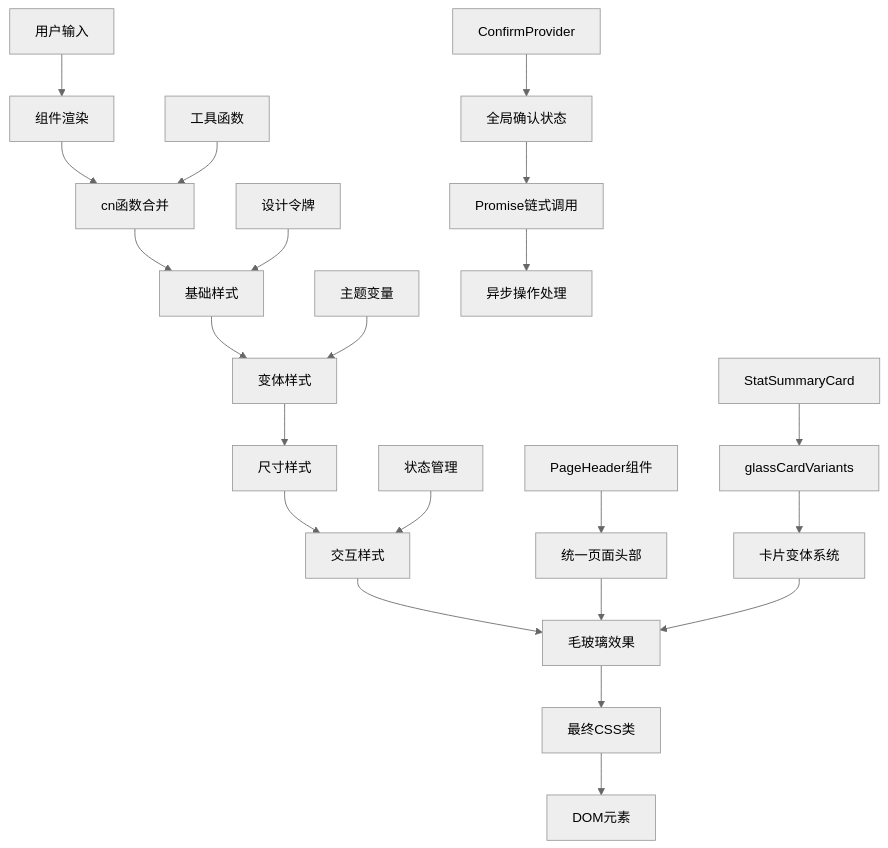
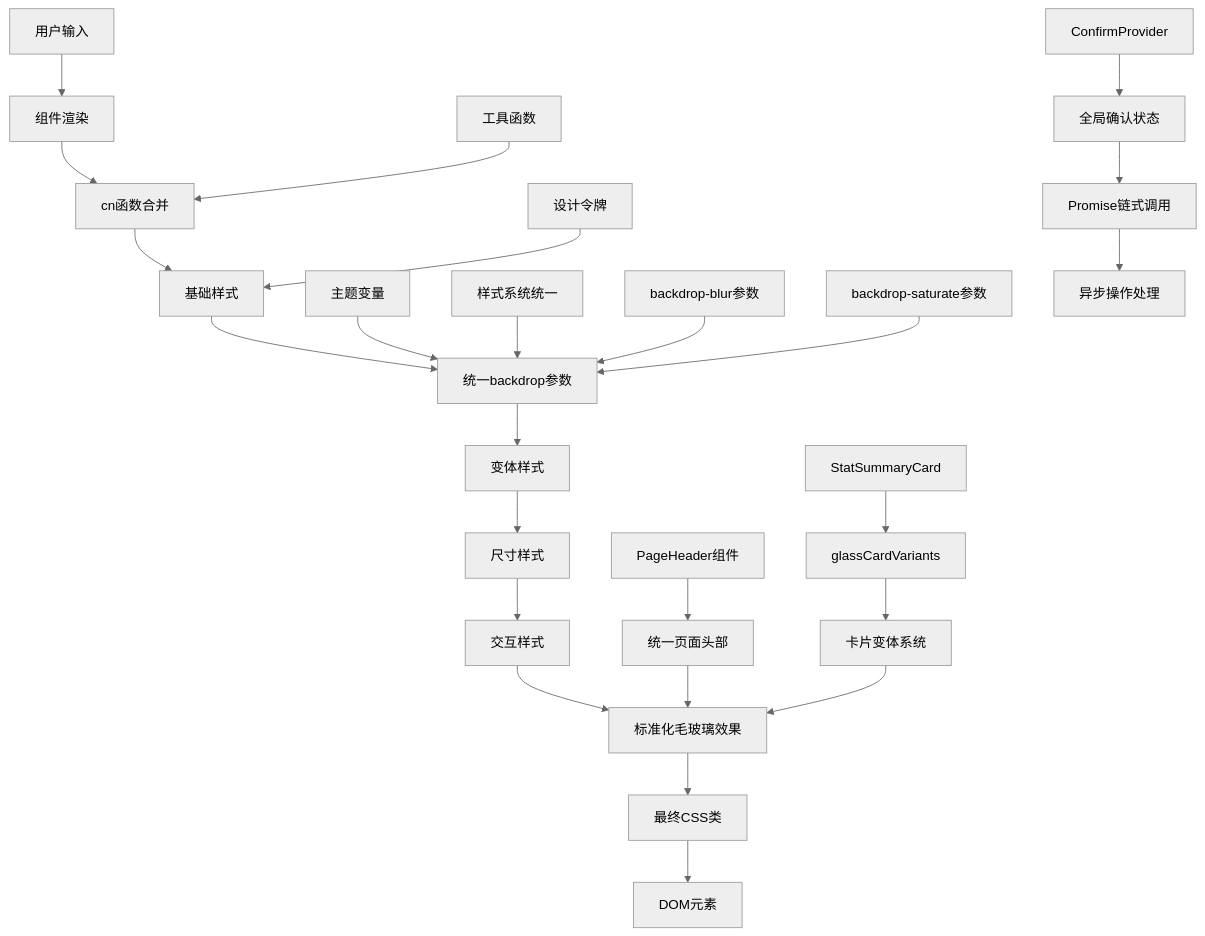
One commit to RadiumAg/AIGate changed the third of 10 diagrams in .qoder/repowiki/zh/content/前端组件/Apple Liquid Glass UI组件系统.md. Above: the diagram before and after it, drawn with Mermaid (neutral theme). The commit also changed other lines of this file and 2 other files, not shown here.

First line of the commit message:
docs(dashboard): 更新企业级仪表板系统文档及区域热力图优化

````diff
--- a/.qoder/repowiki/zh/content/前端组件/Apple Liquid Glass UI组件系统.md
+++ b/.qoder/repowiki/zh/content/前端组件/Apple Liquid Glass UI组件系统.md
@@ -277,24 +300,27 @@
 ```mermaid
 flowchart TD
 A[用户输入] --> B[组件渲染]
 B --> C[cn函数合并]
 C --> D[基础样式]
-D --> E[变体样式]
-E --> F[尺寸样式]
-F --> G[交互样式]
-G --> H[毛玻璃效果]
-H --> I[最终CSS类]
-I --> J[DOM元素]
-K[工具函数] --> C
-L[设计令牌] --> D
-M[主题变量] --> E
-N[状态管理] --> G
-O[ConfirmProvider] --> P[全局确认状态]
-P --> Q[Promise链式调用]
-Q --> R[异步操作处理]
-S[PageHeader组件] --> T[统一页面头部]
-T --> H
-U[glassCardVariants] --> V[卡片变体系统]
-V --> H
-W[StatSummaryCard] --> U
+D --> E[统一backdrop参数]
+E --> F[变体样式]
+F --> G[尺寸样式]
+G --> H[交互样式]
+H --> I[标准化毛玻璃效果]
+I --> J[最终CSS类]
+J --> K[DOM元素]
+L[工具函数] --> C
+M[设计令牌] --> D
+N[主题变量] --> E
+O[样式系统统一] --> E
+P[backdrop-blur参数] --> E
+Q[backdrop-saturate参数] --> E
+R[ConfirmProvider] --> S[全局确认状态]
+S --> T[Promise链式调用]
+T --> U[异步操作处理]
+V[PageHeader组件] --> W[统一页面头部]
+W --> I
+X[glassCardVariants] --> Y[卡片变体系统]
+Y --> I
+Z[StatSummaryCard] --> X
 ```
````
